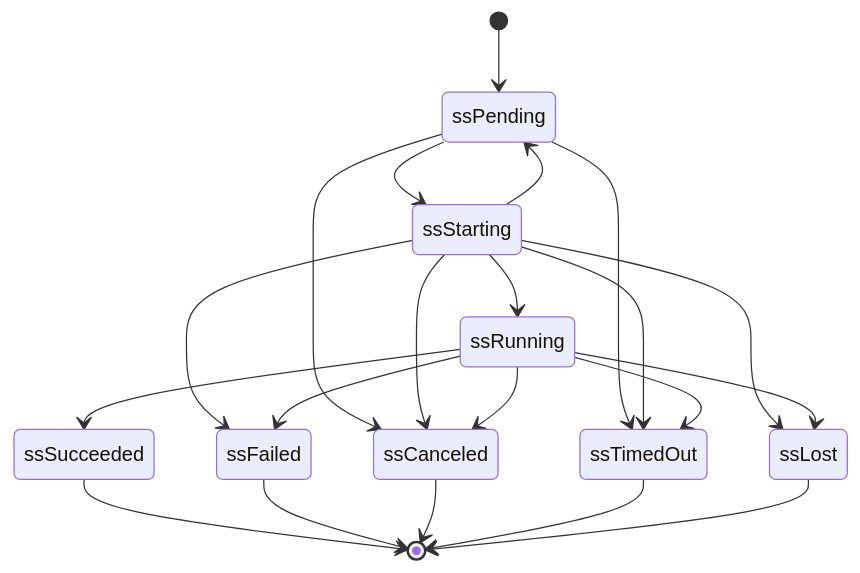
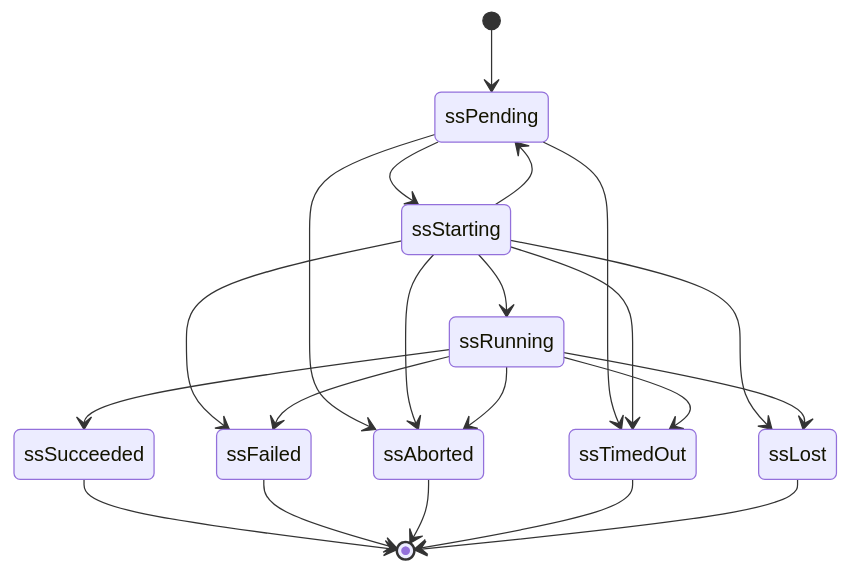
One commit to zystem/CiNim changed the second of 4 diagrams in docs/state-machines.md. Above: the diagram before and after it, drawn with Mermaid. The commit also changed other lines of this file and 53 other files, not shown here.

````diff
--- a/docs/state-machines.md
+++ b/docs/state-machines.md
@@ -50,23 +50,23 @@
 ```mermaid
 stateDiagram-v2
   [*] --> ssPending
   ssPending --> ssStarting
-  ssPending --> ssCanceled
+  ssPending --> ssAborted
   ssPending --> ssTimedOut
   ssStarting --> ssPending
   ssStarting --> ssRunning
   ssStarting --> ssFailed
-  ssStarting --> ssCanceled
+  ssStarting --> ssAborted
   ssStarting --> ssTimedOut
   ssStarting --> ssLost
   ssRunning --> ssSucceeded
   ssRunning --> ssFailed
-  ssRunning --> ssCanceled
+  ssRunning --> ssAborted
   ssRunning --> ssTimedOut
   ssRunning --> ssLost
   ssSucceeded --> [*]
   ssFailed --> [*]
-  ssCanceled --> [*]
+  ssAborted --> [*]
   ssTimedOut --> [*]
   ssLost --> [*]
 ```
````
